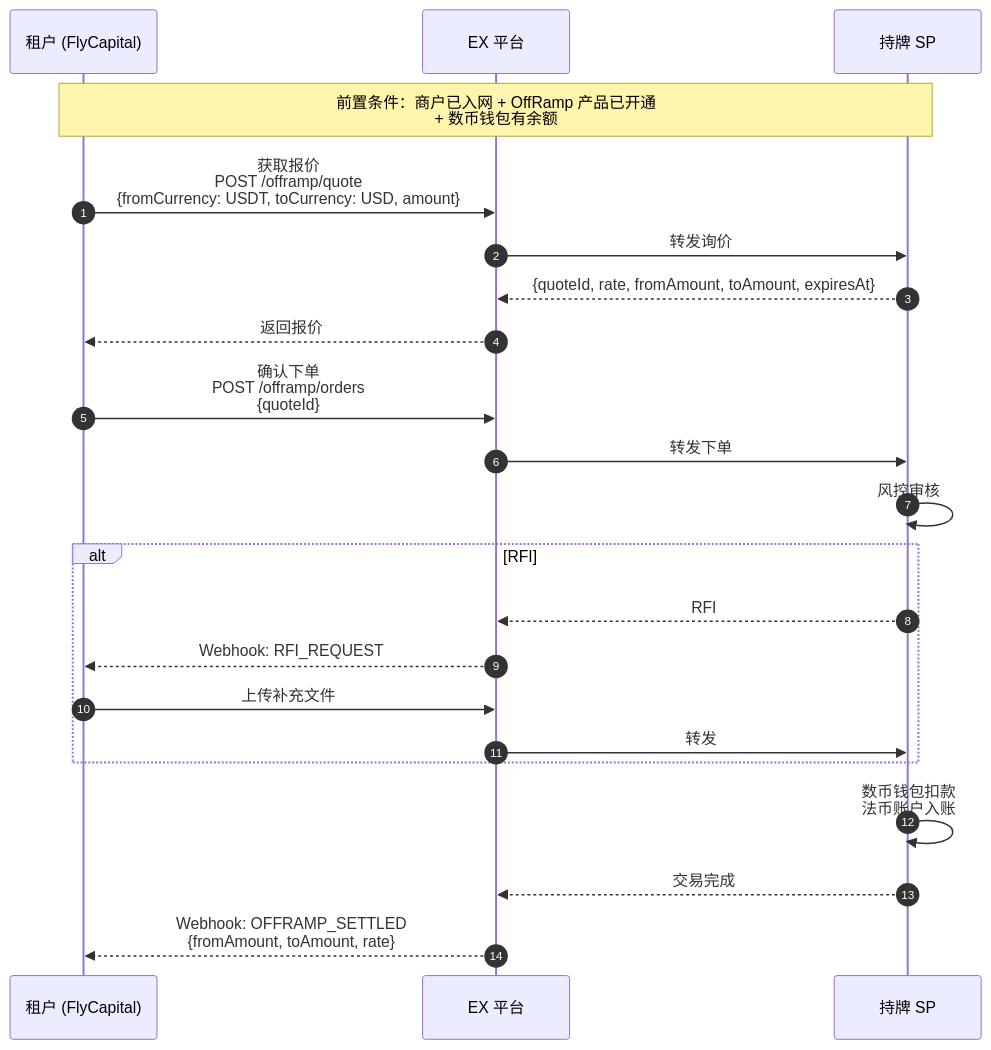
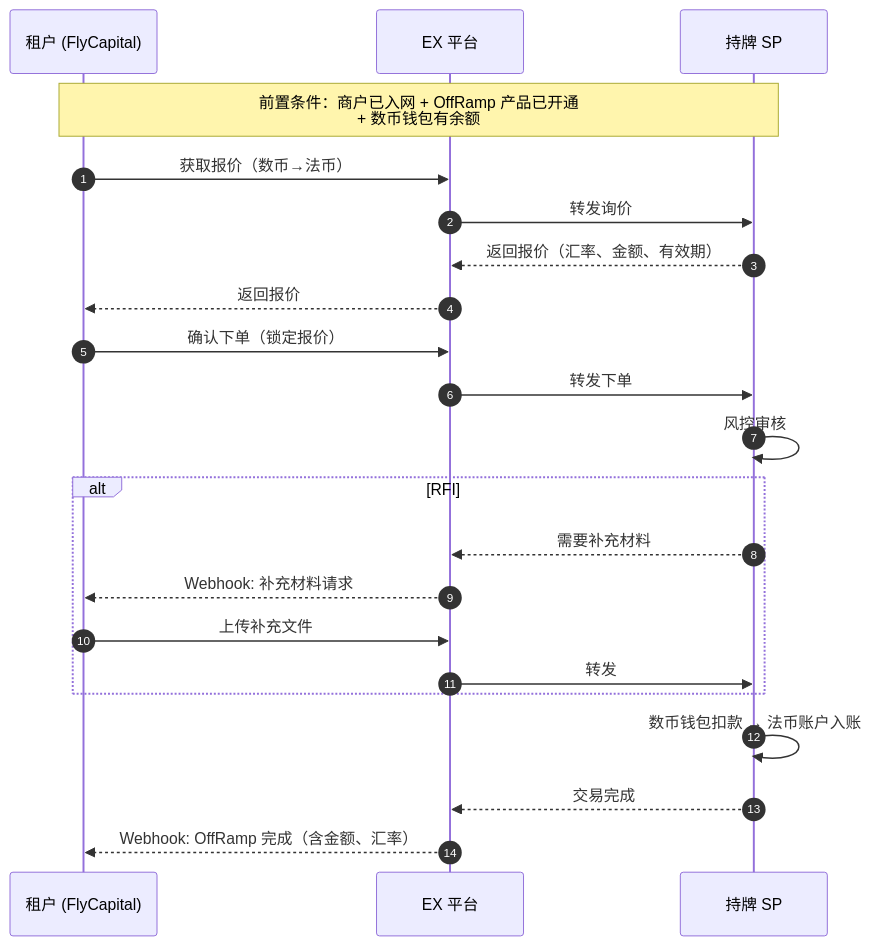
The sixth of 9 diagrams in Solutions/solutions/API-SOLUTION/ex-API-onofframp-solution.md (xiaoxiaoangie/EX-NEW), drawn with Mermaid before and after one commit. The commit also changed other lines of this file and 18 other files, not shown here.

````diff
--- a/Solutions/solutions/API-SOLUTION/ex-API-onofframp-solution.md
+++ b/Solutions/solutions/API-SOLUTION/ex-API-onofframp-solution.md
@@ -267,27 +274,27 @@
 ```mermaid
 sequenceDiagram
     autonumber
     participant T as 租户 (FlyCapital)
     participant EX as EX 平台
     participant SP as 持牌 SP
 
     Note over T,SP: 前置条件：商户已入网 + OffRamp 产品已开通<br/>+ 数币钱包有余额
 
-    T->>EX: 获取报价<br/>POST /offramp/quote<br/>{fromCurrency: USDT, toCurrency: USD, amount}
+    T->>EX: 获取报价（数币→法币）
     EX->>SP: 转发询价
-    SP-->>EX: {quoteId, rate, fromAmount, toAmount, expiresAt}
+    SP-->>EX: 返回报价（汇率、金额、有效期）
     EX-->>T: 返回报价
 
-    T->>EX: 确认下单<br/>POST /offramp/orders<br/>{quoteId}
+    T->>EX: 确认下单（锁定报价）
     EX->>SP: 转发下单
     SP->>SP: 风控审核
     alt RFI
-        SP-->>EX: RFI
-        EX-->>T: Webhook: RFI_REQUEST
+        SP-->>EX: 需要补充材料
+        EX-->>T: Webhook: 补充材料请求
         T->>EX: 上传补充文件
         EX->>SP: 转发
     end
-    SP->>SP: 数币钱包扣款<br/>法币账户入账
+    SP->>SP: 数币钱包扣款 → 法币账户入账
     SP-->>EX: 交易完成
-    EX-->>T: Webhook: OFFRAMP_SETTLED<br/>{fromAmount, toAmount, rate}
+    EX-->>T: Webhook: OffRamp 完成（含金额、汇率）
 ```
````
